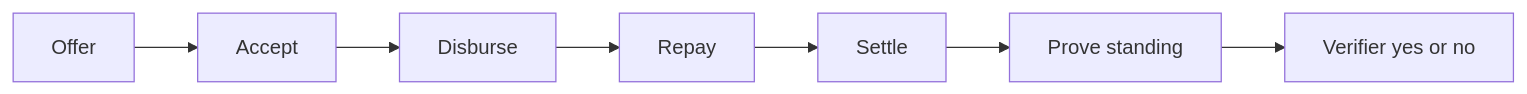
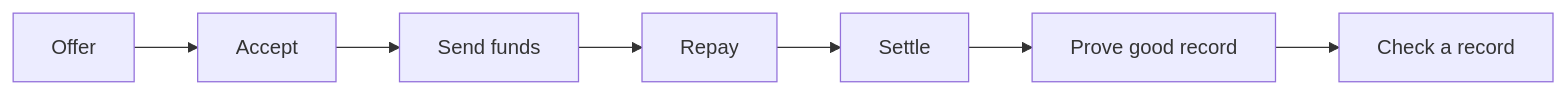
One commit to Preciousbas/tally changed the diagram in docs/how-it-works.mdx. Above: the diagram before and after it, drawn with Mermaid. The commit also changed other lines of this file and 38 other files, not shown here.

````diff
--- a/docs/how-it-works.mdx
+++ b/docs/how-it-works.mdx
@@ -10,9 +10,9 @@
 ```mermaid
 flowchart LR
   A[Offer] --> B[Accept]
-  B --> C[Disburse]
+  B --> C[Send funds]
   C --> D[Repay]
   D --> E[Settle]
-  E --> F[Prove standing]
-  F --> G[Verifier yes or no]
+  E --> F[Prove good record]
+  F --> G[Check a record]
 ```
````
